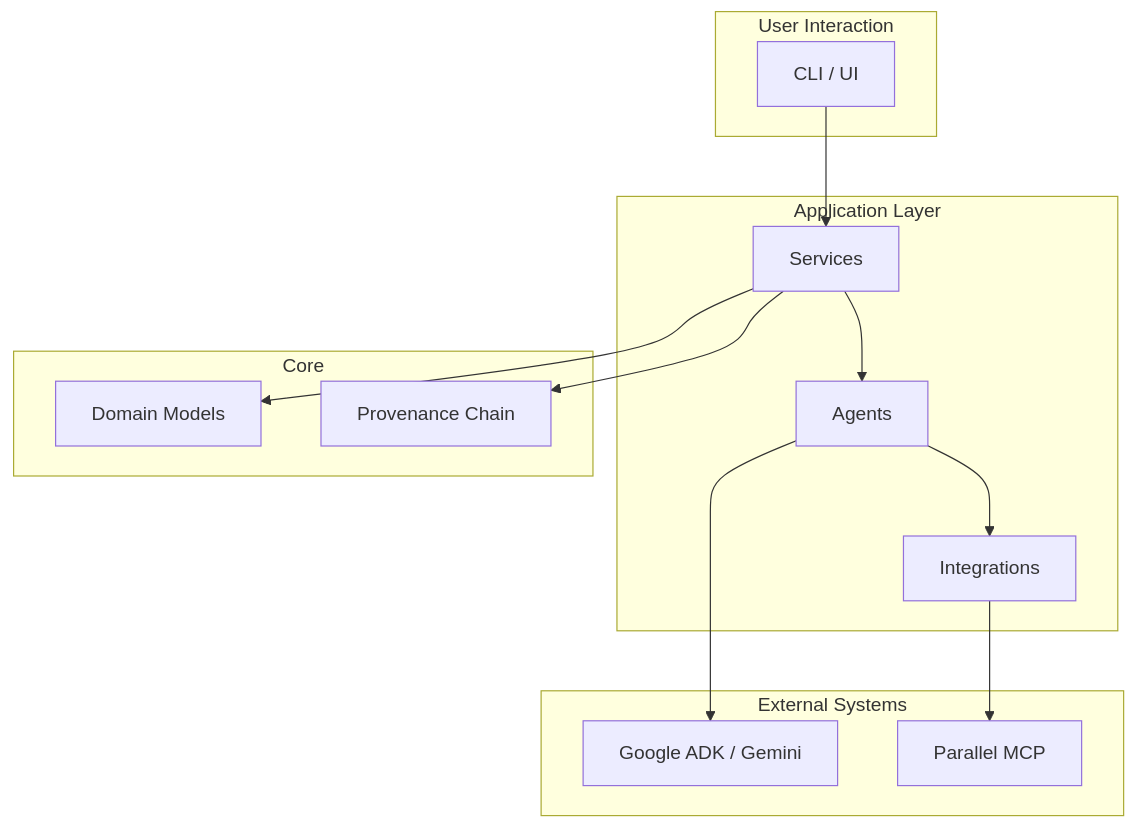
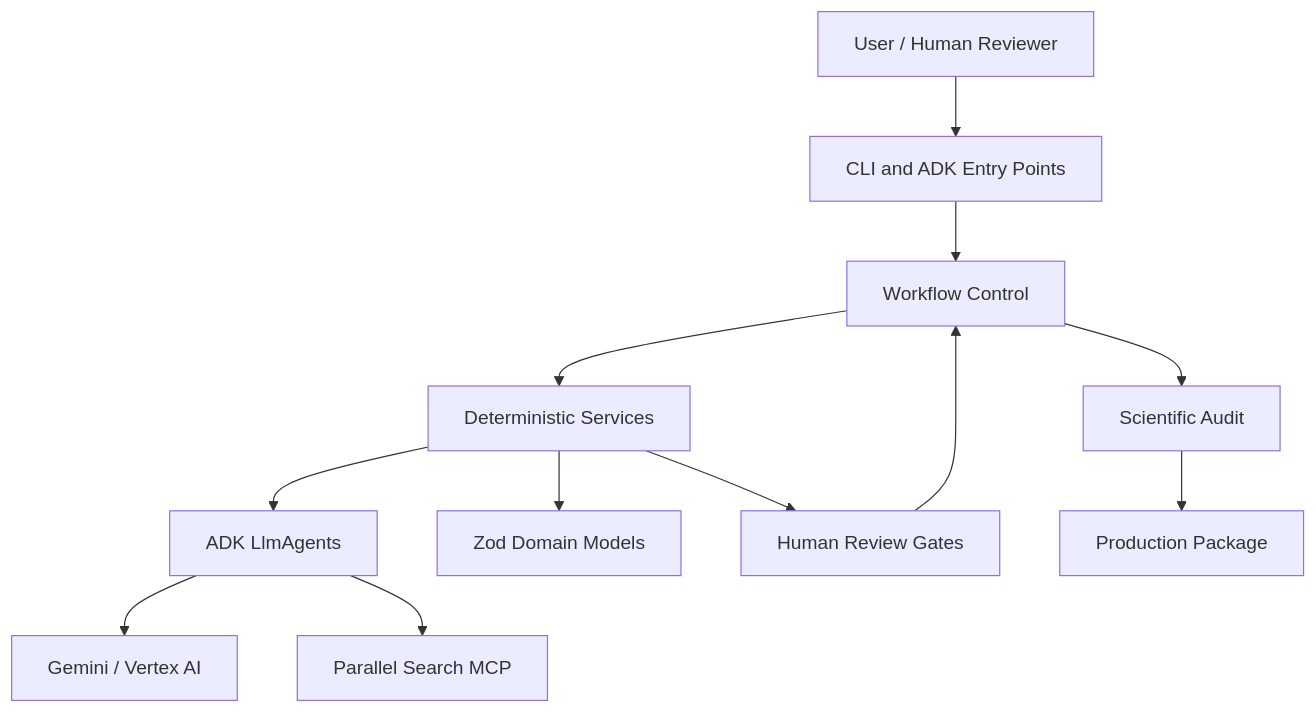
Before and after one commit to amin076/tital: the first of 2 diagrams in docs/architecture/system-architecture.md, drawn with Mermaid. The commit also changed other lines of this file, not shown here.

Commit message:
docs: align system architecture with implemented MVP

````diff
--- a/docs/architecture/system-architecture.md
+++ b/docs/architecture/system-architecture.md
@@ -5,30 +9,26 @@
 ```mermaid
 graph TD
-    subgraph User Interaction
-        A[CLI / UI]
-    end
+    U[User / Human Reviewer]
+    EP[CLI and ADK Entry Points]
+    WC[Workflow Control]
+    DS[Deterministic Services]
+    DA[ADK LlmAgents]
+    DM[Zod Domain Models]
+    GI[Gemini / Vertex AI]
+    PM[Parallel Search MCP]
+    HG[Human Review Gates]
+    SA[Scientific Audit]
+    PP[Production Package]
 
-    subgraph Application Layer
-        B[Services]
-        C[Agents]
-        D[Integrations]
-    end
-
-    subgraph Core
-        E[Domain Models]
-        F[Provenance Chain]
-    end
-
-    subgraph External Systems
-        G[Google ADK / Gemini]
-        H[Parallel MCP]
-    end
-
-    A --> B
-    B --> C
-    B --> E
-    B --> F
-    C --> G
-    C --> D
-    D --> H
+    U --> EP
+    EP --> WC
+    WC --> DS
+    DS --> DA
+    DA --> GI
+    DA --> PM
+    DS --> DM
+    DS --> HG
+    HG --> WC
+    WC --> SA
+    SA --> PP
 ```
````
